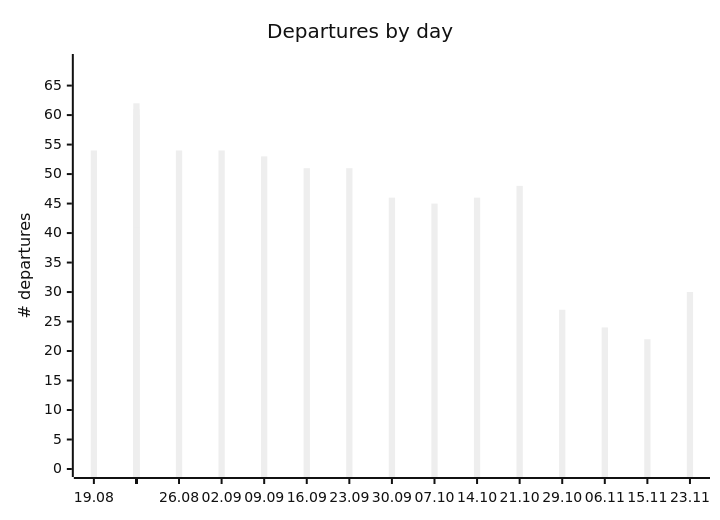
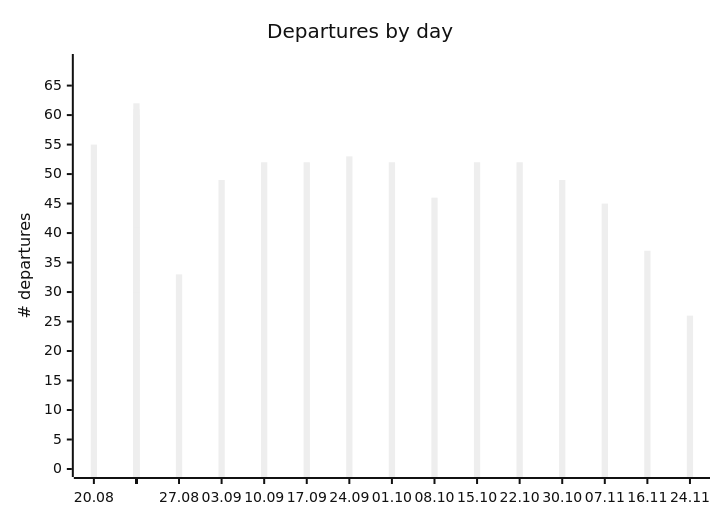
Before and after one commit to rainermesi/tll-airport-departures: the first of 2 diagrams in README.md, drawn with Mermaid (neutral theme). The commit also changed other lines of this file and 3 other files, not shown here.

````diff
--- a/README.md
+++ b/README.md
@@ -65,12 +65,12 @@
 ```mermaid
 ---
 xyChart:
     xAxis:
       labelFontSize: 8
 ---
 xychart-beta
     title "Departures by day"
-    x-axis ["19.08", " ", " ", " ", " ", " ", " ", "26.08", " ", " ", " ", " ", " ", " ", "02.09", " ", " ", " ", " ", " ", " ", "09.09", " ", " ", " ", " ", " ", " ", "16.09", " ", " ", " ", " ", " ", " ", "23.09", " ", " ", " ", " ", " ", " ", "30.09", " ", " ", " ", " ", " ", " ", "07.10", " ", " ", " ", " ", " ", " ", "14.10", " ", " ", " ", " ", " ", " ", "21.10", " ", " ", " ", " ", " ", " ", "29.10", " ", " ", " ", " ", " ", " ", "06.11", " ", " ", " ", " ", " ", " ", "15.11", " ", " ", " ", " ", "23.11"]
+    x-axis ["20.08", " ", " ", " ", " ", " ", " ", "27.08", " ", " ", " ", " ", " ", " ", "03.09", " ", " ", " ", " ", " ", " ", "10.09", " ", " ", " ", " ", " ", " ", "17.09", " ", " ", " ", " ", " ", " ", "24.09", " ", " ", " ", " ", " ", " ", "01.10", " ", " ", " ", " ", " ", " ", "08.10", " ", " ", " ", " ", " ", " ", "15.10", " ", " ", " ", " ", " ", " ", "22.10", " ", " ", " ", " ", " ", " ", "30.10", " ", " ", " ", " ", " ", " ", "07.11", " ", " ", " ", " ", " ", " ", "16.11", " ", " ", " ", " ", "24.11"]
     y-axis "# departures" 0 --> 69
-    bar [54, 55, 60, 43, 58, 58, 48, 54, 33, 32, 34, 52, 54, 45, 54, 49, 62, 42, 56, 57, 48, 53, 52, 61, 44, 54, 56, 47, 51, 52, 59, 43, 52, 55, 46, 51, 53, 57, 40, 48, 54, 42, 46, 52, 54, 40, 48, 50, 36, 45, 46, 53, 35, 49, 50, 34, 46, 52, 58, 44, 55, 56, 46, 48, 52, 57, 46, 50, 46, 51, 27, 49, 49, 50, 44, 20, 43, 24, 45, 47, 38, 20, 23, 41, 22, 37, 24, 41, 21, 30]
+    bar [55, 60, 43, 58, 58, 48, 54, 33, 32, 34, 52, 54, 45, 54, 49, 62, 42, 56, 57, 48, 53, 52, 61, 44, 54, 56, 47, 51, 52, 59, 43, 52, 55, 46, 51, 53, 57, 40, 48, 54, 42, 46, 52, 54, 40, 48, 50, 36, 45, 46, 53, 35, 49, 50, 34, 46, 52, 58, 44, 55, 56, 46, 48, 52, 57, 46, 50, 46, 51, 27, 49, 49, 50, 44, 20, 43, 24, 45, 47, 38, 20, 23, 41, 22, 37, 24, 41, 21, 30, 26]
 ```
````
